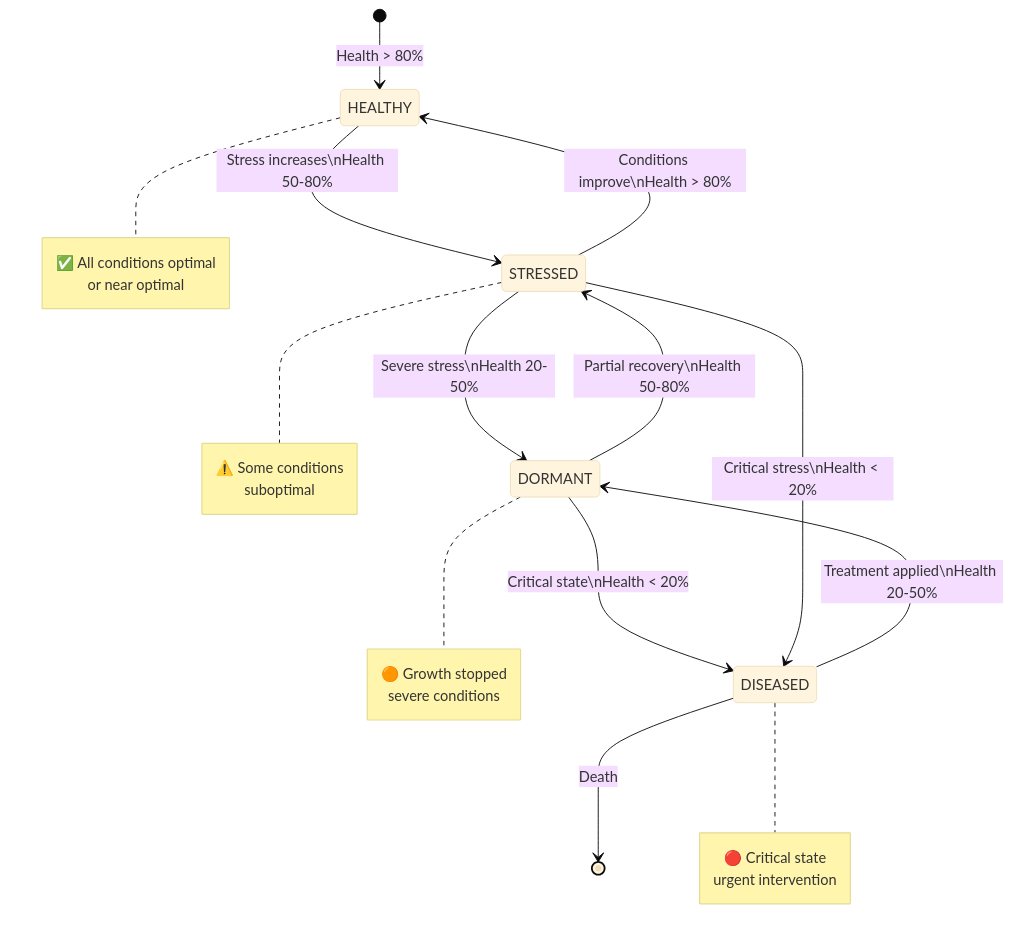
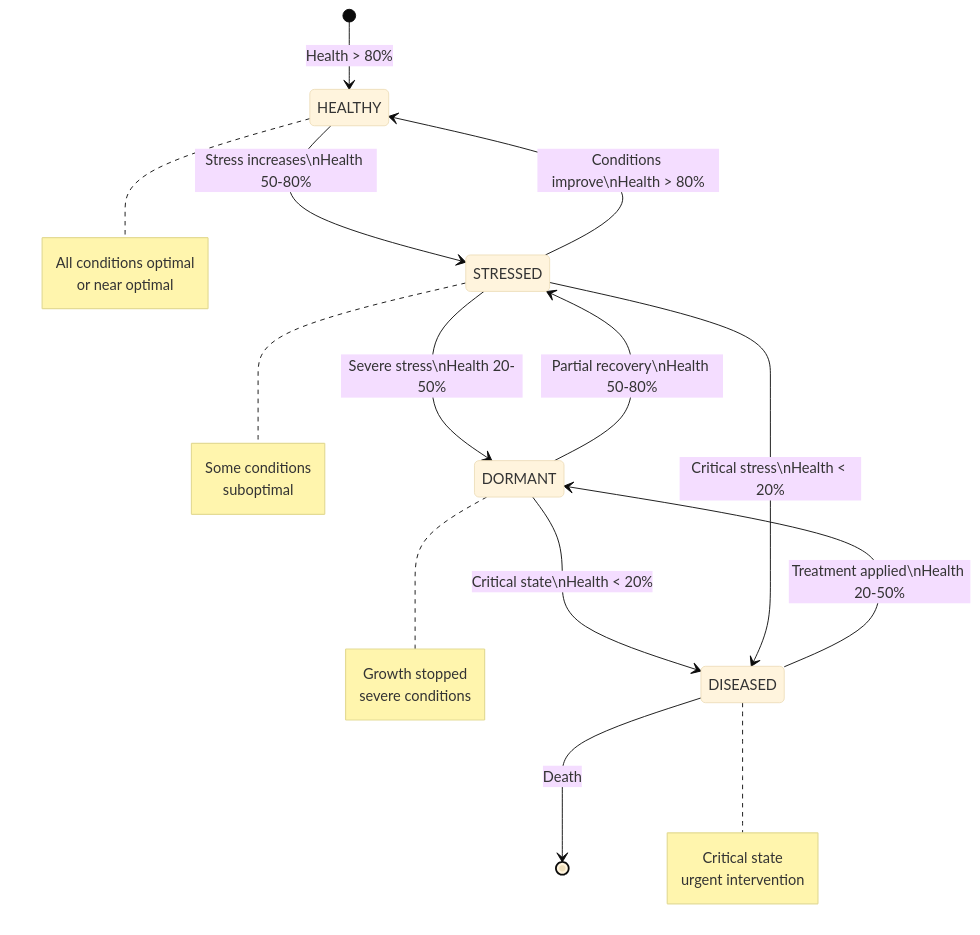
One commit to fasai444/GreenDesk changed the diagram in GreenDesk-Doc/docs/usage/concepts.md. Above: the diagram before and after it, drawn with Mermaid (base theme). The commit also changed other lines of this file and 36 other files, not shown here.

````diff
--- a/GreenDesk-Doc/docs/usage/concepts.md
+++ b/GreenDesk-Doc/docs/usage/concepts.md
@@ -172,33 +172,33 @@
 ```mermaid
 stateDiagram-v2
   [*] --> HEALTHY: Health > 80%
     
   HEALTHY --> STRESSED: Stress increases\nHealth 50-80%
   STRESSED --> HEALTHY: Conditions improve\nHealth > 80%
   STRESSED --> DORMANT: Severe stress\nHealth 20-50%
   DORMANT --> STRESSED: Partial recovery\nHealth 50-80%
   DORMANT --> DISEASED: Critical state\nHealth < 20%
   DISEASED --> DORMANT: Treatment applied\nHealth 20-50%
   STRESSED --> DISEASED: Critical stress\nHealth < 20%
   DISEASED --> [*]: Death
     
   note right of HEALTHY
-    ✅ All conditions optimal
+    All conditions optimal
     or near optimal
   end note
     
   note right of STRESSED
-    ⚠️ Some conditions
+    Some conditions
     suboptimal
   end note
     
   note right of DORMANT
-    🟠 Growth stopped
+    Growth stopped
     severe conditions
   end note
     
   note right of DISEASED
-    🔴 Critical state
+    Critical state
     urgent intervention
   end note
 ```
````
